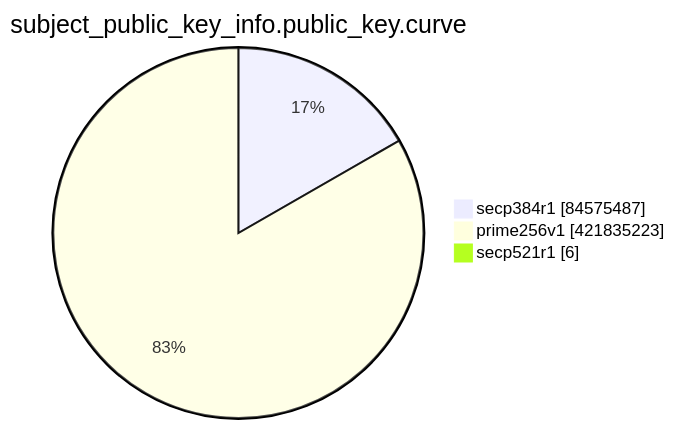
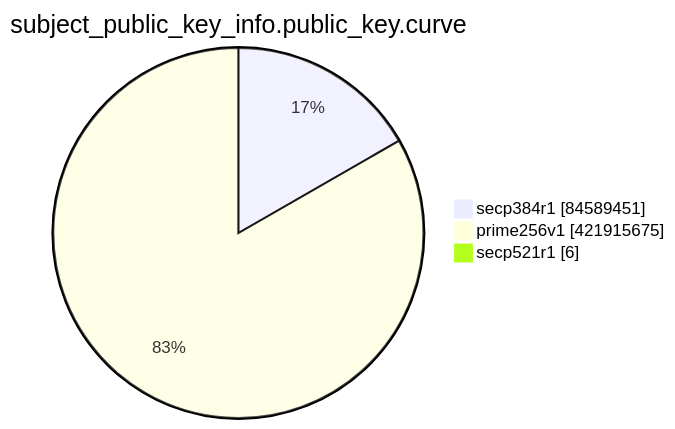
One commit to christiankrug/ctmonitor_visualization changed the eighth of 15 diagrams in TOTAL/README.md. Above: the diagram before and after it, drawn with Mermaid. The commit also changed other lines of this file, not shown here.

````diff
--- a/TOTAL/README.md
+++ b/TOTAL/README.md
@@ -3099,7 +3099,7 @@
 ```mermaid
 pie showData
 title subject_public_key_info.public_key.curve
-"secp384r1" :84575487
-"prime256v1" :421835223
+"secp384r1" :84589451
+"prime256v1" :421915675
 "secp521r1" :6
 ```
````
